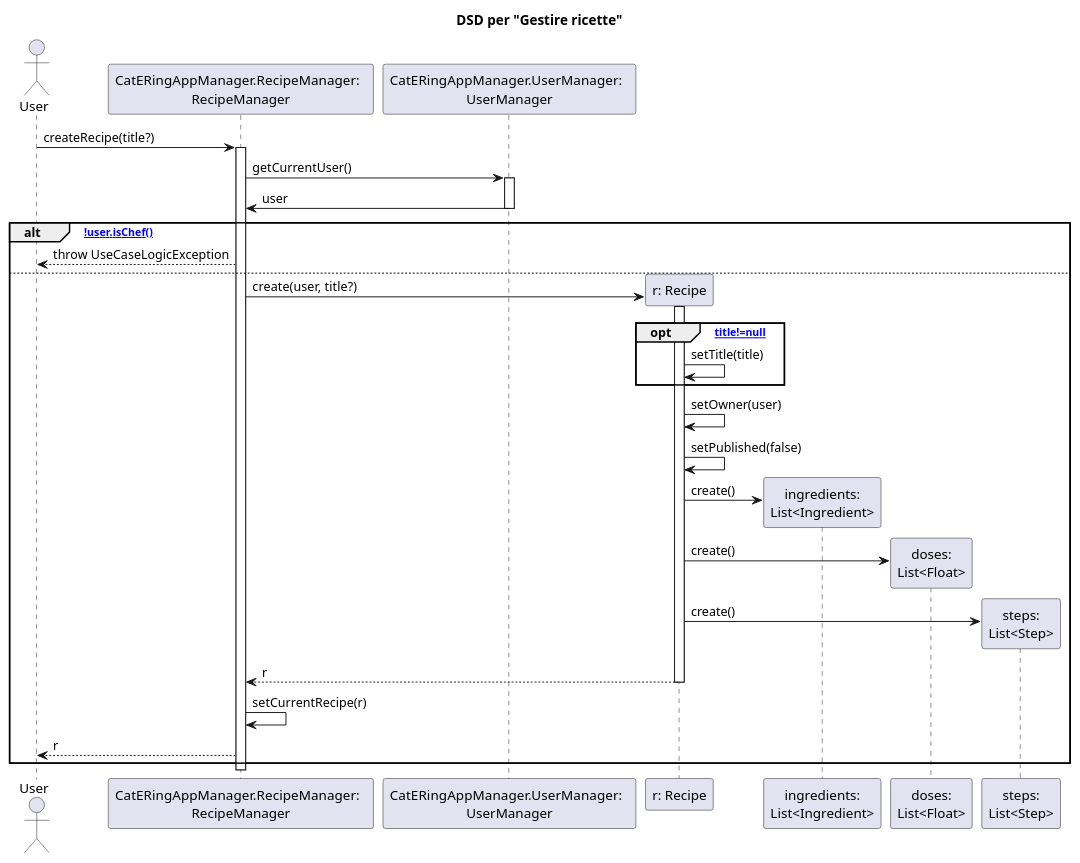
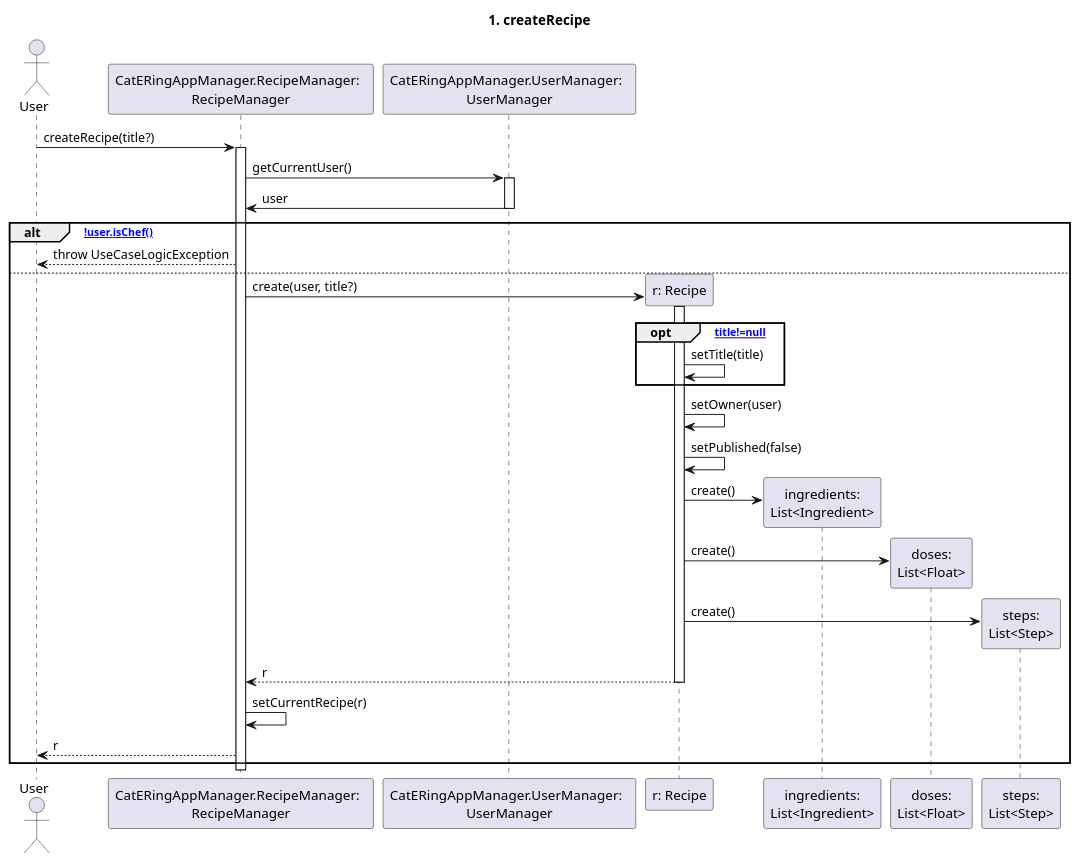
The diagram in dsd/dsd-ricette/1-createRecipe.md (m0canu1/sas), drawn with PlantUML before and after one commit. The commit also changed 15 other files, not shown here.

````diff
--- a/dsd/dsd-ricette/1-createRecipe.md
+++ b/dsd/dsd-ricette/1-createRecipe.md
@@ -1,40 +1,40 @@
 ```plantuml
 
 title: DSD per "Gestire ricette"
-
+title: 1. createRecipe
 Actor User
 Participant "CatERingAppManager.RecipeManager:  \nRecipeManager" as RM
 Participant "CatERingAppManager.UserManager:  \nUserManager" as UM
 
 User -> RM:createRecipe(title?)
 activate RM
 RM -> UM:getCurrentUser()
 activate UM
 UM -> RM :user
 deactivate UM
 
 alt [!user.isChef()]
     RM --> User:throw UseCaseLogicException
 else 
     create "r: Recipe"
     RM -> "r: Recipe":create(user, title?)
     activate "r: Recipe"
     opt [title!=null]
         "r: Recipe" -> "r: Recipe":setTitle(title)
     end
     "r: Recipe" -> "r: Recipe":setOwner(user)
     "r: Recipe" -> "r: Recipe":setPublished(false)
     create "ingredients:\nList<Ingredient>"
     "r: Recipe" -> "ingredients:\nList<Ingredient>":create()
     create "doses:\nList<Float>"
     "r: Recipe" -> "doses:\nList<Float>":create()
     create "steps:\nList<Step>"
     "r: Recipe" -> "steps:\nList<Step>":create()
     "r: Recipe" --> RM : r
     deactivate "r: Recipe"
     RM -> RM :setCurrentRecipe(r)
     RM --> User:r
 end
     deactivate RM
 
 ```
````
